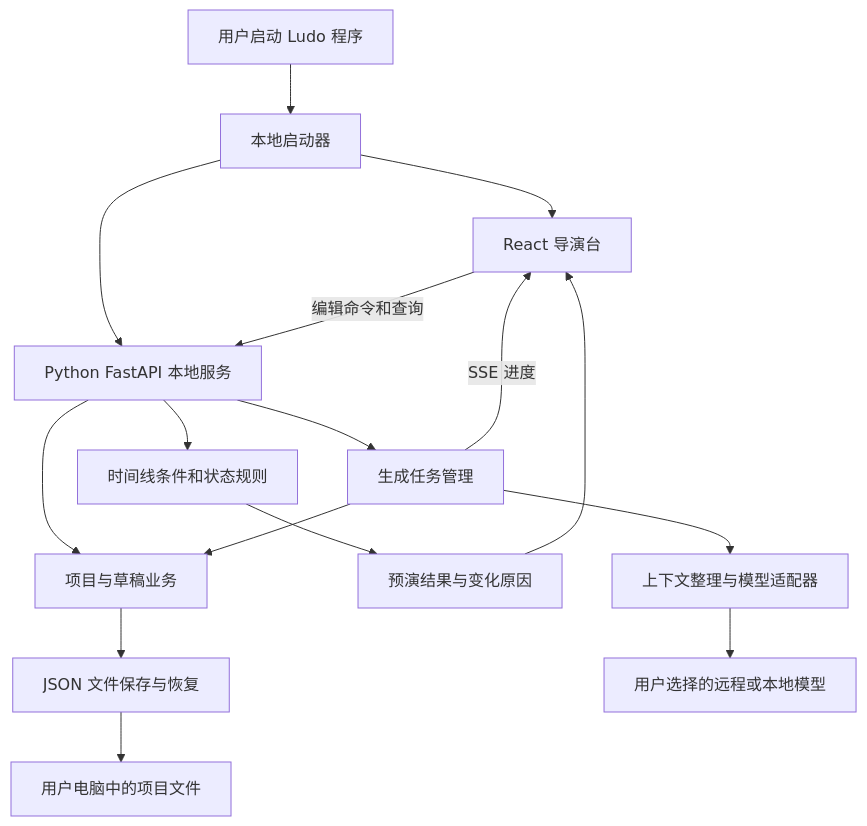
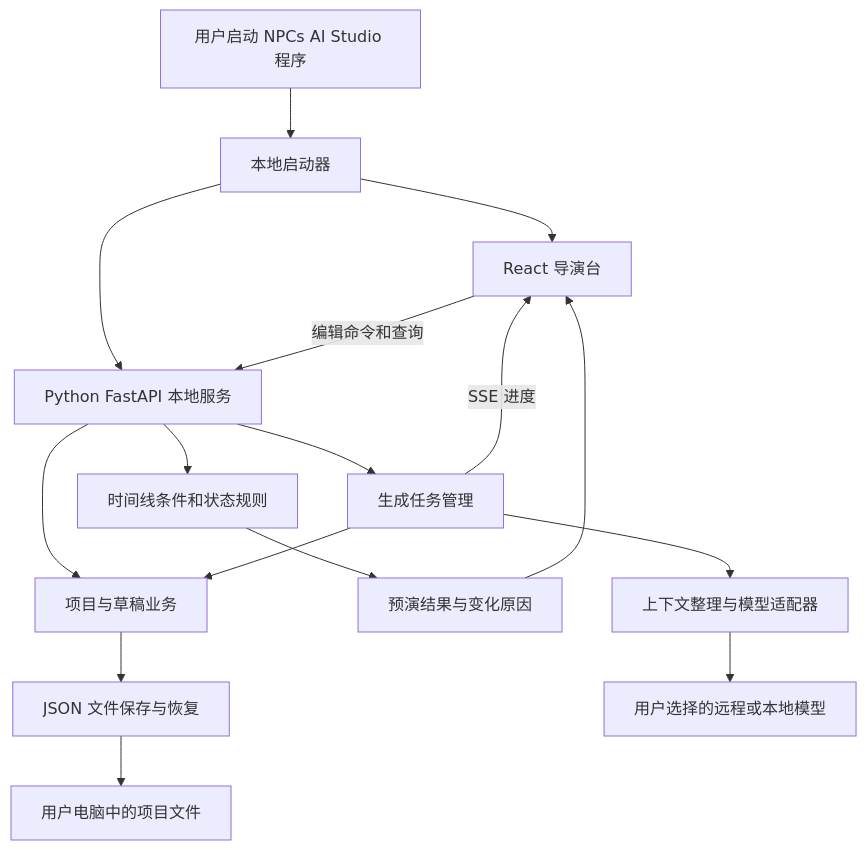
The diagram in docs/product-and-development-plan.md (koronto11/ludo-npc-ai), drawn with Mermaid before and after one commit. The commit also changed other lines of this file and 514 other files, not shown here.

Commit message:
feat: consolidate NPCs AI Studio 0.1.0 preview mainline

````diff
--- a/docs/product-and-development-plan.md
+++ b/docs/product-and-development-plan.md
@@ -64,18 +64,18 @@
 ```mermaid
 flowchart TB
-    U[用户启动 Ludo 程序] --> L[本地启动器]
+    U[用户启动 NPCs AI Studio 程序] --> L[本地启动器]
     L --> F[React 导演台]
     L --> A[Python FastAPI 本地服务]
     F -->|编辑命令和查询| A
     A --> D[项目与草稿业务]
     A --> R[时间线条件和状态规则]
     A --> T[生成任务管理]
     D --> S[JSON 文件保存与恢复]
     R --> V[预演结果与变化原因]
     V --> F
     T --> C[上下文整理与模型适配器]
     C --> M[用户选择的远程或本地模型]
     T -->|SSE 进度| F
     T --> D
     S --> P[用户电脑中的项目文件]
 ```
````
